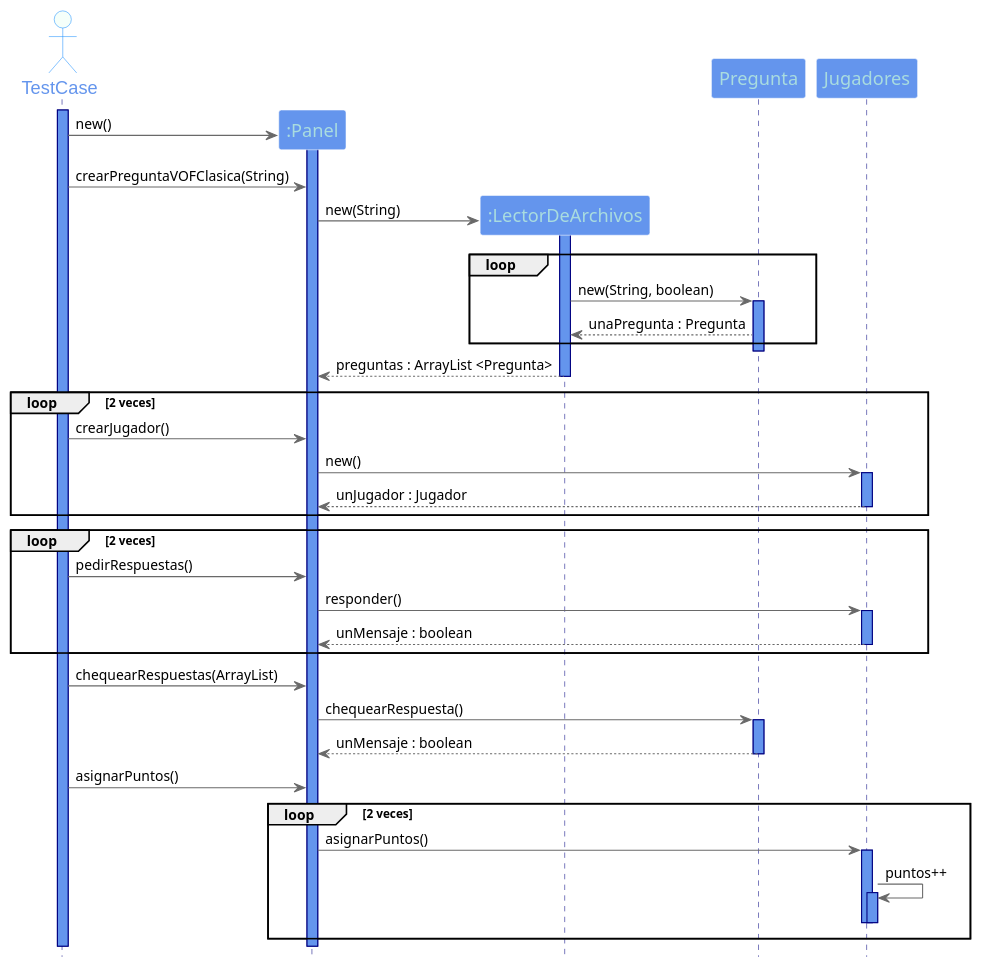
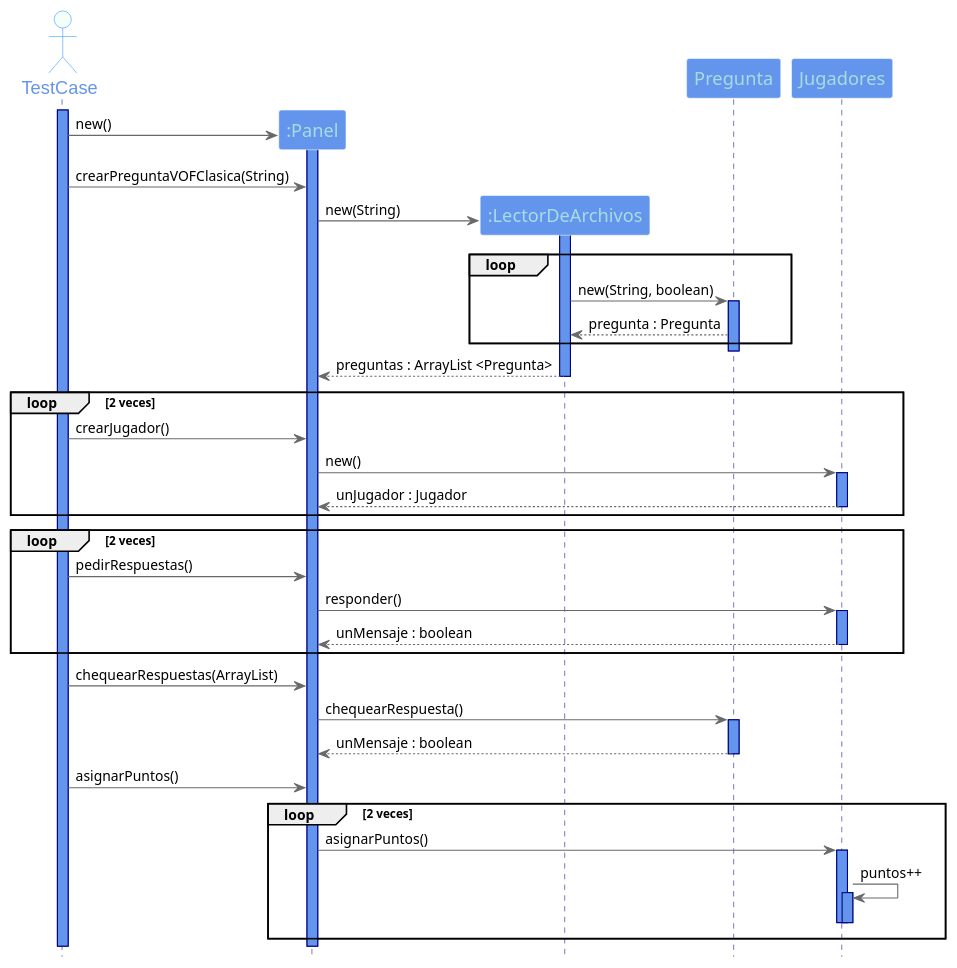
One commit to fvazquezf/TP_2_Algo_3 changed the diagram in UML/Diagramas de secuencia/PreguntaVOFClasica.puml. Above: the diagram before and after it, drawn with PlantUML. The commit also changed 28 other files, not shown here.

```diff
--- a/UML/Diagramas de secuencia/PreguntaVOFClasica.puml
+++ b/UML/Diagramas de secuencia/PreguntaVOFClasica.puml
@@ -1,85 +1,85 @@
 @startuml
 
 hide footbox
 skinparam backgroundColor white
 
 skinparam sequence {
 ArrowColor DimGray
 ActorBorderColor DodgerBlue
 LifeLineBorderColor Navy
 LifeLineBackgroundColor CornflowerBlue
 ParticipantBorderColor LighSlateGray
 ParticipantBackgroundColor CornflowerBlue
 ParticipantFontName Impact
 ParticipantFontSize 17
 ParticipantFontColor #A9DCDF
 ActorBackgroundColor mintCream
 ActorFontColor CornflowerBlue
 ActorFontSize 17
 ActorFontName Aapex
 }
 
 actor TestCase
 activate TestCase
 
 participant ":Panel" as Panel
 create Panel
 
 TestCase -> Panel : new()
 activate Panel
 
 TestCase -> Panel : crearPreguntaVOFClasica(String)
 
 participant ":LectorDeArchivos" as Lector
 create Lector
 Panel -> Lector : new(String)
 
 activate Lector
 
 loop
 Lector -> Pregunta : new(String, boolean)
 activate Pregunta
-Pregunta --> Lector : unaPregunta : Pregunta
+Pregunta --> Lector : pregunta : Pregunta
 end
 
 deactivate Pregunta
 Lector --> Panel : preguntas : ArrayList <Pregunta>
 deactivate Lector
 
 loop 2 veces
 TestCase -> Panel : crearJugador()
 Panel -> Jugadores : new()
 activate Jugadores
 Jugadores --> Panel : unJugador : Jugador
 deactivate Jugadores
 end
 
 loop 2 veces
 TestCase -> Panel : pedirRespuestas()
 Panel -> Jugadores : responder()
 activate Jugadores
 Jugadores --> Panel : unMensaje : boolean
 deactivate Jugadores
 end
 
 TestCase -> Panel : chequearRespuestas(ArrayList)
 Panel -> Pregunta : chequearRespuesta()
 activate Pregunta
 Pregunta --> Panel : unMensaje : boolean
 deactivate Pregunta
 
 TestCase -> Panel : asignarPuntos()
 
 loop 2 veces
 Panel -> Jugadores : asignarPuntos()
 activate Jugadores
 Jugadores -> Jugadores : puntos++
 activate Jugadores
 deactivate Jugadores
 deactivate Jugadores
 end
 
 deactivate Panel
 deactivate TestCase
 
 @enduml
```
